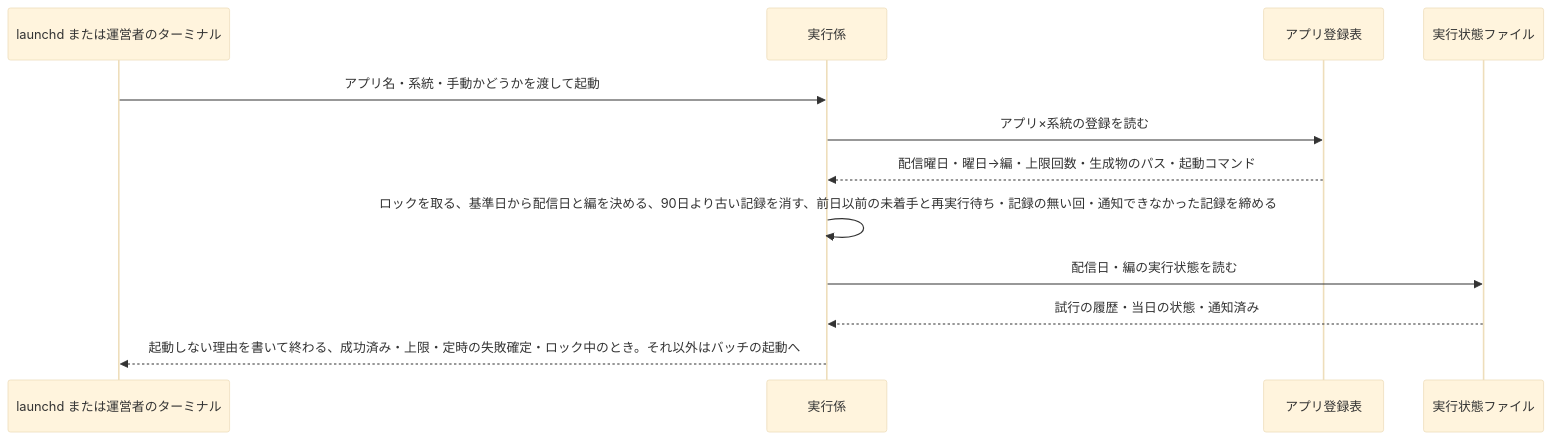
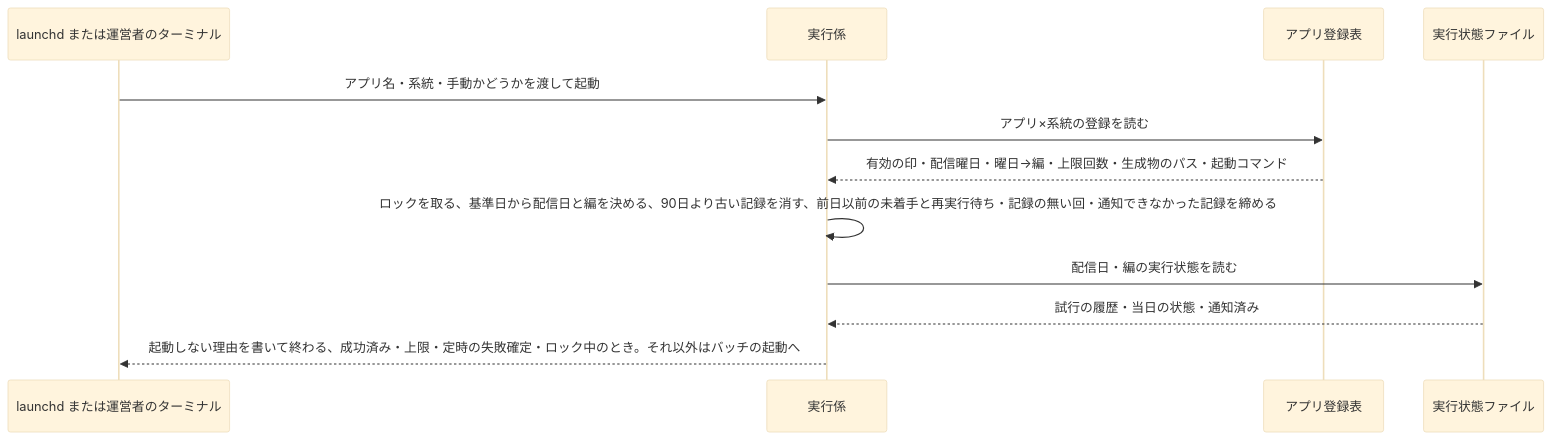
Before and after one commit to dnode-ryosuke-yamazaki/study: the first of 6 diagrams in apps/digest-platform/specs/batch-runner/design.md, drawn with Mermaid (base theme). The commit also changed other lines of this file and 3 other files, not shown here.

````diff
--- a/apps/digest-platform/specs/batch-runner/design.md
+++ b/apps/digest-platform/specs/batch-runner/design.md
@@ -62,14 +62,14 @@
 ```mermaid
 sequenceDiagram
     participant L as launchd または運営者のターミナル
     participant R as 実行係
     participant A as アプリ登録表
     participant S as 実行状態ファイル
     L->>R: アプリ名・系統・手動かどうかを渡して起動
     R->>A: アプリ×系統の登録を読む
-    A-->>R: 配信曜日・曜日→編・上限回数・生成物のパス・起動コマンド
+    A-->>R: 有効の印・配信曜日・曜日→編・上限回数・生成物のパス・起動コマンド
     R->>R: ロックを取る、基準日から配信日と編を決める、90日より古い記録を消す、前日以前の未着手と再実行待ち・記録の無い回・通知できなかった記録を締める
     R->>S: 配信日・編の実行状態を読む
     S-->>R: 試行の履歴・当日の状態・通知済み
     R-->>L: 起動しない理由を書いて終わる、成功済み・上限・定時の失敗確定・ロック中のとき。それ以外はバッチの起動へ
 ```
````
